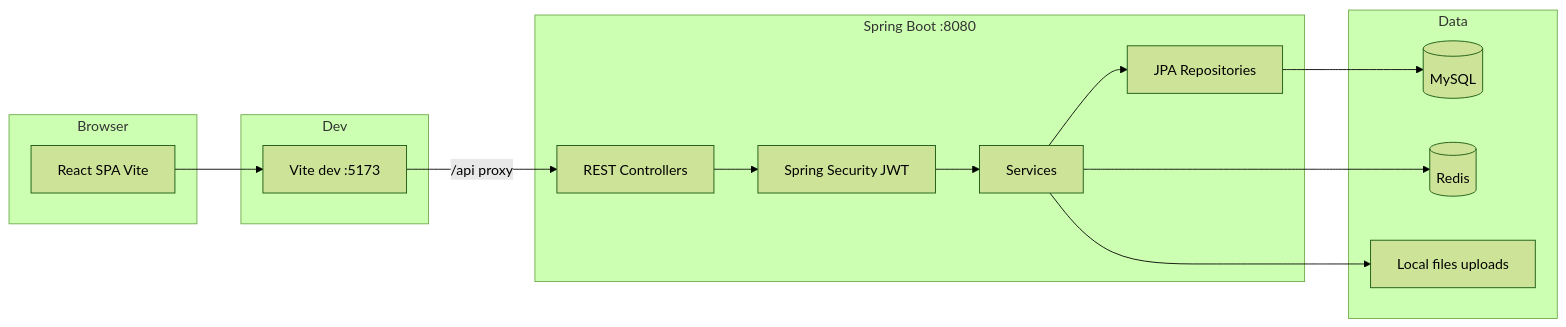
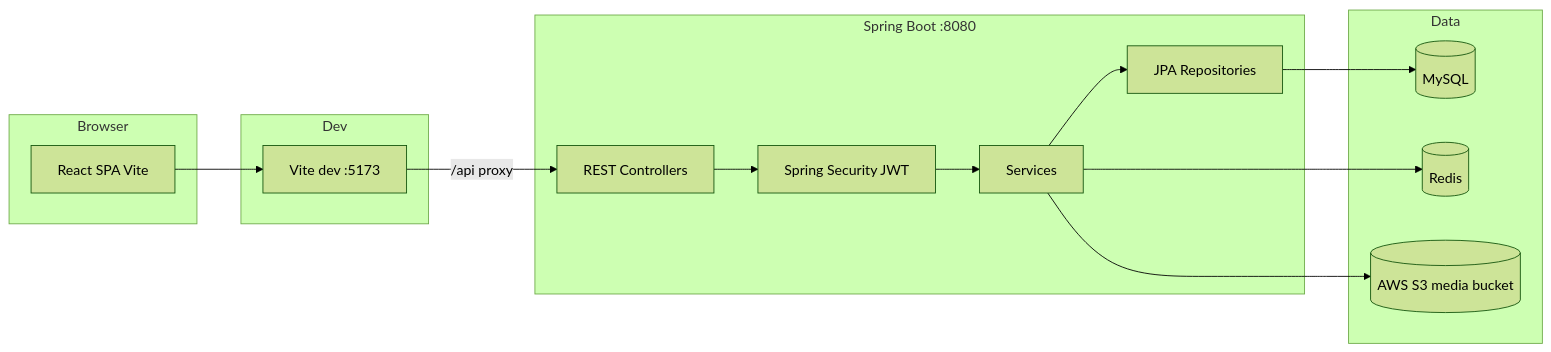
Before and after one commit to dangkhoi88x/UngDungGoiXe: the first of 16 diagrams in architecture.md, drawn with Mermaid (forest theme). The commit also changed other lines of this file and 1 other file, not shown here.

````diff
--- a/architecture.md
+++ b/architecture.md
@@ -9,28 +9,28 @@
 ```mermaid
 flowchart LR
   subgraph client [Browser]
     SPA[React SPA Vite]
   end
   subgraph dev [Dev]
     Vite[Vite dev :5173]
   end
   subgraph server [Spring Boot :8080]
     API[REST Controllers]
     SEC[Spring Security JWT]
     SVC[Services]
     JPA[JPA Repositories]
   end
   subgraph data [Data]
     MySQL[(MySQL)]
     Redis[(Redis)]
-    FS[Local files uploads]
+    S3[(AWS S3 media bucket)]
   end
   SPA --> Vite
   Vite -->|"/api proxy"| API
   API --> SEC
   SEC --> SVC
   SVC --> JPA
   JPA --> MySQL
   SVC --> Redis
-  SVC --> FS
+  SVC --> S3
 ```
````
